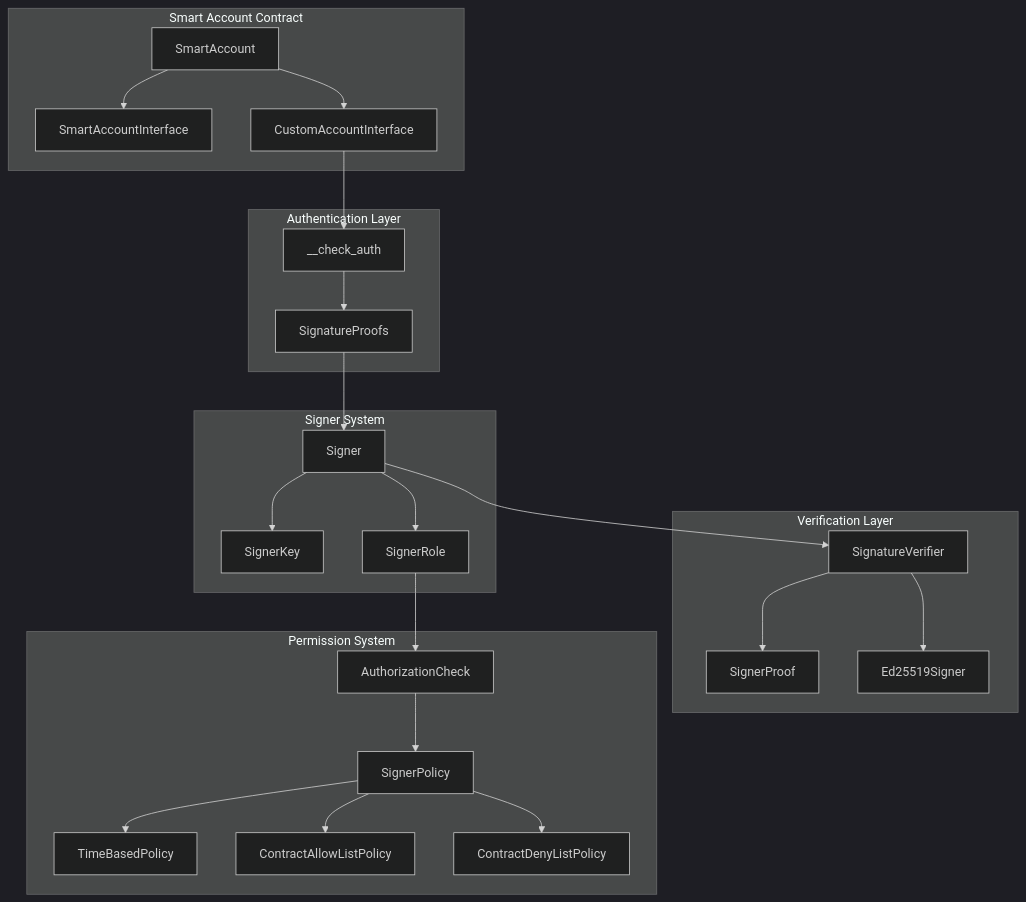
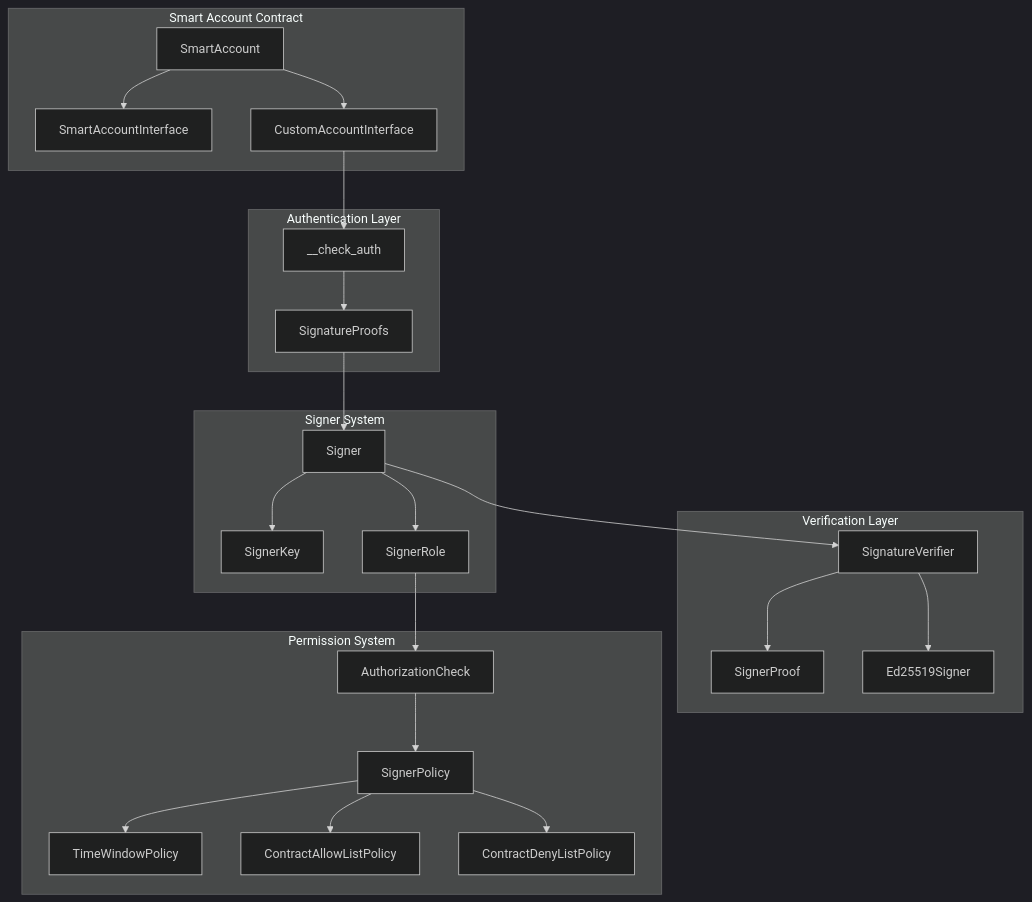
One commit to Crossmint/stellar-smart-account changed the first of 5 diagrams in contracts/smart-account/README.md. Above: the diagram before and after it, drawn with Mermaid (dark theme). The commit also changed other lines of this file and 18 other files, not shown here.

````diff
--- a/contracts/smart-account/README.md
+++ b/contracts/smart-account/README.md
@@ -35,53 +35,53 @@
 ```mermaid
 graph TB
     subgraph "Smart Account Contract"
         SW[SmartAccount]
         SWI[SmartAccountInterface]
         CAI[CustomAccountInterface]
         
         SW --> SWI
         SW --> CAI
     end
     
     subgraph "Authentication Layer"
         CA[__check_auth]
         AP[SignatureProofs]
         
         CAI --> CA
         CA --> AP
     end
     
     subgraph "Signer System"
         S[Signer]
         SK[SignerKey]
         SR[SignerRole]
         
         AP --> S
         S --> SK
         S --> SR
     end
     
     subgraph "Verification Layer"
         SV[SignatureVerifier]
         SP[SignerProof]
         E25[Ed25519Signer]
         
         S --> SV
         SV --> SP
         SV --> E25
     end
     
     subgraph "Permission System"
         PC[AuthorizationCheck]
         SPol[SignerPolicy]
-        TB[TimeBasedPolicy]
+        TB[TimeWindowPolicy]
         AL[ContractAllowListPolicy]
         DL[ContractDenyListPolicy]
         
         SR --> PC
         PC --> SPol
         SPol --> TB
         SPol --> AL
         SPol --> DL
     end
 ```
````
